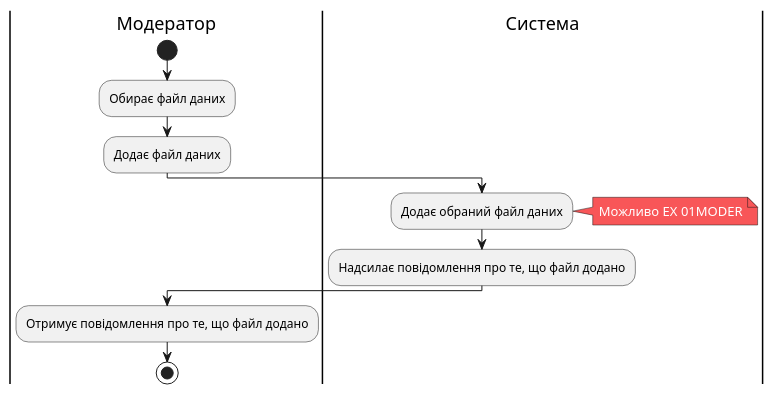
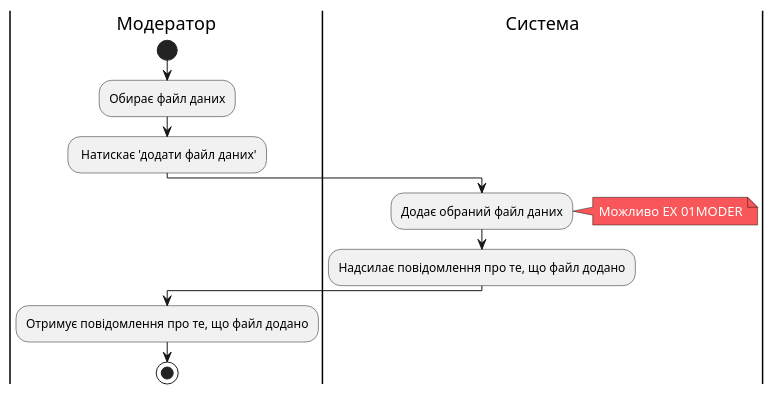
Before and after one commit to KarmazinN/db_open_data: the diagram in src/uml/UC_5.2.puml, drawn with PlantUML.

```diff
--- a/src/uml/UC_5.2.puml
+++ b/src/uml/UC_5.2.puml
@@ -1,30 +1,30 @@
 @startuml EditAction
 
 
 skinparam	shadowing false
 skinparam Note {
 	BackgroundColor #f85658
 	FontColor #ffffff
 }
 
 
 
 |Модератор|
 start
 :Обирає файл даних;
-:Додає файл даних;
+: Натискає 'додати файл даних';
 
 
 |Система|
 :Додає обраний файл даних;
 note right
 Можливо ЕХ 01MODER
 end note
 |Система|
 :Надсилає повідомлення про те, що файл додано;
 
 |Модератор|
 :Отримує повідомлення про те, що файл додано;
 
 stop;
 @enduml
```
